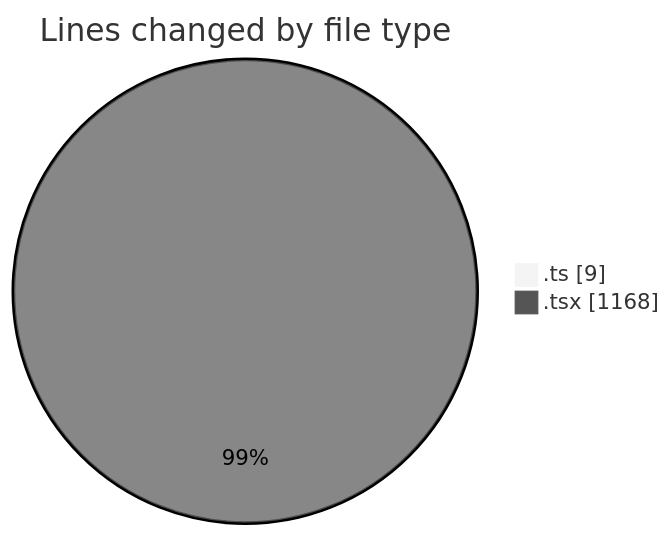
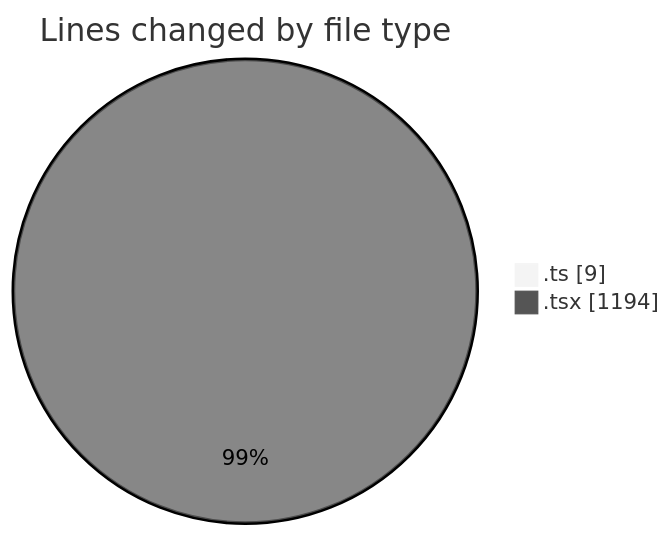
One commit to momahboobian/code-tracking changed the first of 2 diagrams in 2025-07-01/cda/README.md. Above: the diagram before and after it, drawn with Mermaid (neutral theme). The commit also changed other lines of this file and 1 other file, not shown here.

````diff
--- a/2025-07-01/cda/README.md
+++ b/2025-07-01/cda/README.md
@@ -24,6 +24,6 @@
 ```mermaid
 pie showData
 title Lines changed by file type
 ".ts" : 9
-".tsx" : 1168
+".tsx" : 1194
 ```
````
